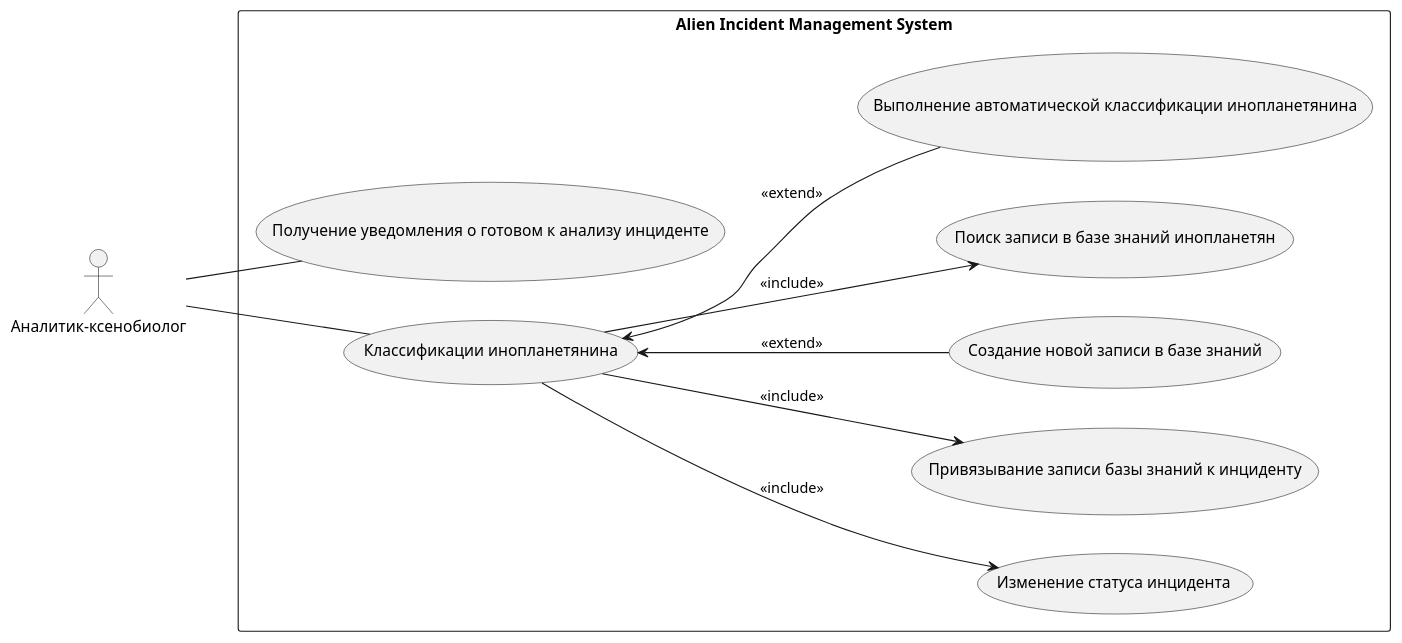
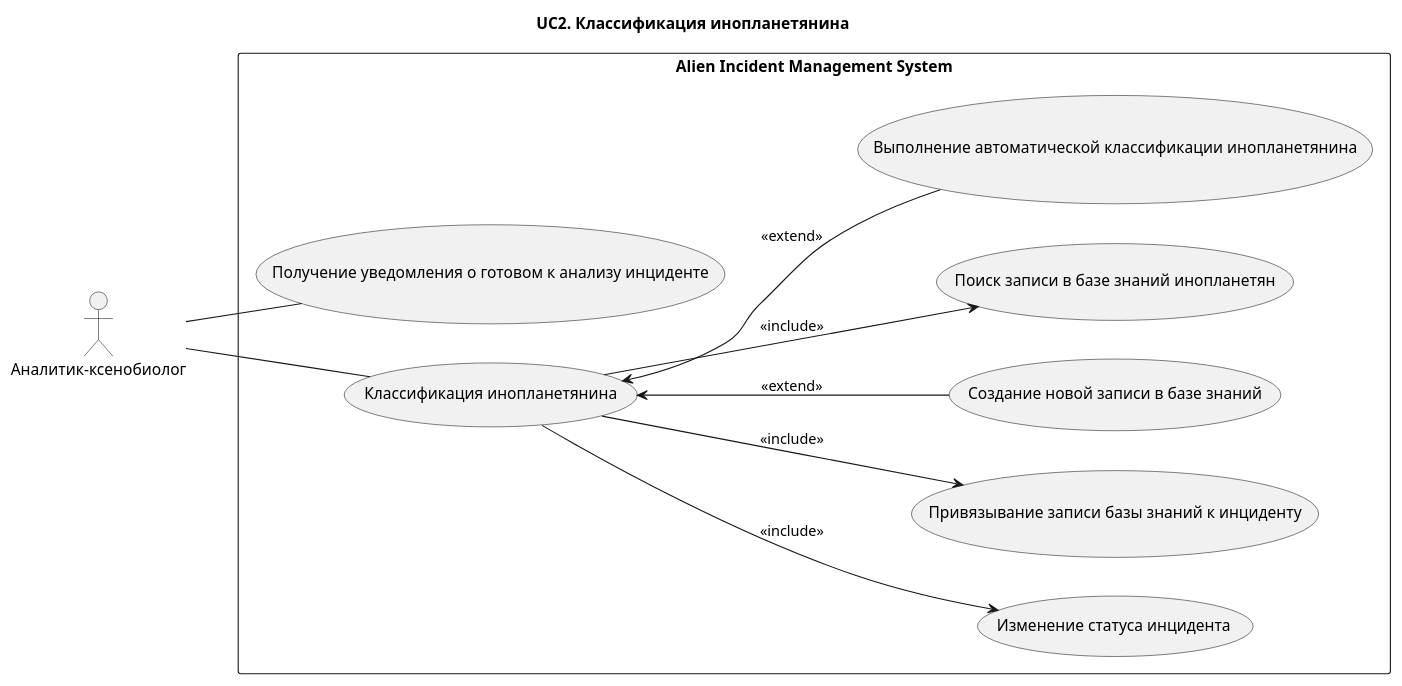
One commit to Andryss/AIMS changed the first of 4 diagrams in docs/use-case/UC2.md. Above: the diagram before and after it, drawn with PlantUML. The commit also changed other lines of this file and 3 other files, not shown here.

````diff
--- a/docs/use-case/UC2.md
+++ b/docs/use-case/UC2.md
@@ -5,32 +5,33 @@
 ```plantuml
 @startuml
+title UC2. Классификация инопланетянина
 left to right direction
 
 actor "Аналитик-ксенобиолог" as Analyst
 
 rectangle "Alien Incident Management System" {
 
 (Получение уведомления о готовом к анализу инциденте) as UC01
 
-(Классификации инопланетянина) as UC11
+(Классификация инопланетянина) as UC11
 
 (Изменение статуса инцидента) as UC115
 (Привязывание записи базы знаний к инциденту) as UC114
 (Создание новой записи в базе знаний) as UC113
 (Поиск записи в базе знаний инопланетян) as UC112
 (Выполнение автоматической классификации инопланетянина) as UC111
 
 }
 
 Analyst -- UC01
 
 Analyst -- UC11
 
 UC11 <-- UC111 : <<extend>>
 UC11 --> UC112 : <<include>>
 UC11 <-- UC113 : <<extend>>
 UC11 --> UC114 : <<include>>
 UC11 --> UC115 : <<include>>
 
 @enduml
 ```
````
